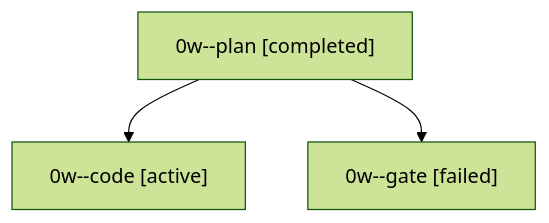
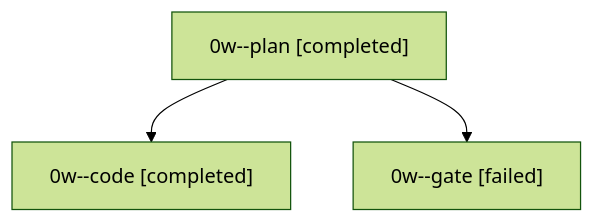
The diagram in sessions/bbugyi200.apollo.0w.md (sase-org/sase--agents), drawn with Mermaid (forest theme) before and after one commit. The commit also changed other lines of this file and 12 other files, not shown here.

````diff
--- a/sessions/bbugyi200.apollo.0w.md
+++ b/sessions/bbugyi200.apollo.0w.md
@@ -9,8 +9,8 @@
 ```mermaid
 flowchart TD
   n0["0w--plan [completed]"]
-  n1["0w--code [active]"]
+  n1["0w--code [completed]"]
   n0 --> n1
   n2["0w--gate [failed]"]
   n0 --> n2
 ```
````
